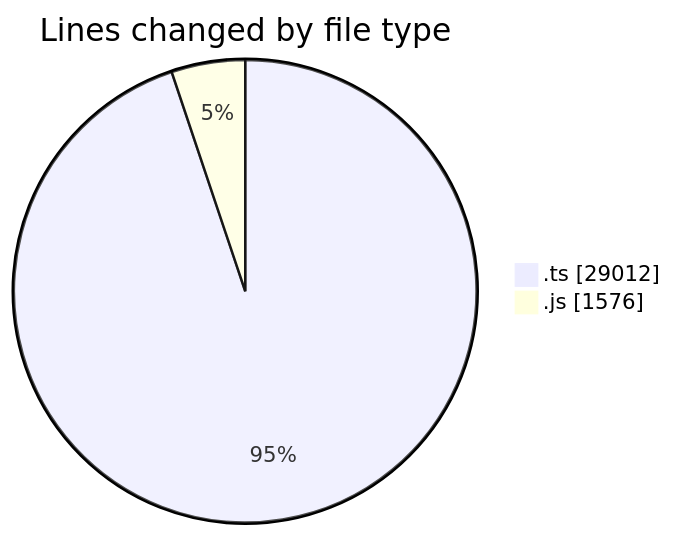
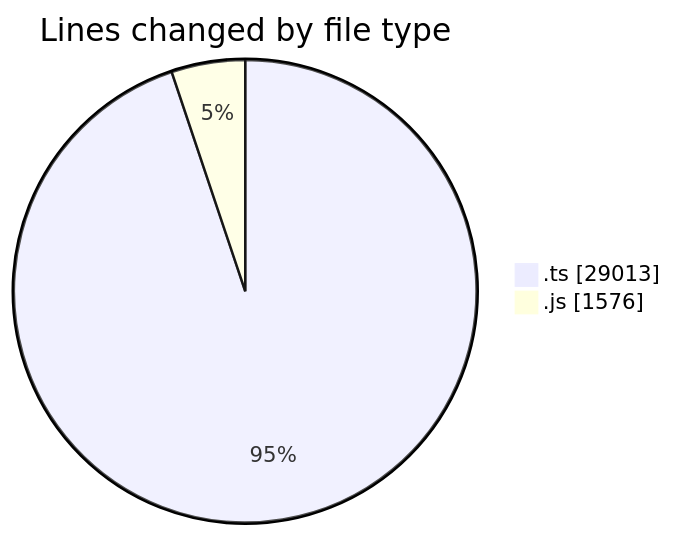
Before and after one commit to momahboobian/code-tracking: the first of 2 diagrams in 2025-06-26/cda/README.md, drawn with Mermaid. The commit also changed other lines of this file and 1 other file, not shown here.

````diff
--- a/2025-06-26/cda/README.md
+++ b/2025-06-26/cda/README.md
@@ -30,6 +30,6 @@
 ```mermaid
 pie showData
 title Lines changed by file type
-".ts" : 29012
+".ts" : 29013
 ".js" : 1576
 ```
````
